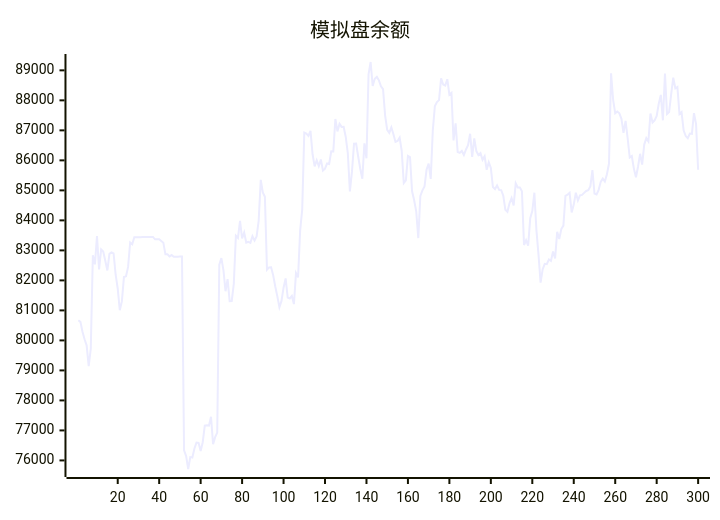
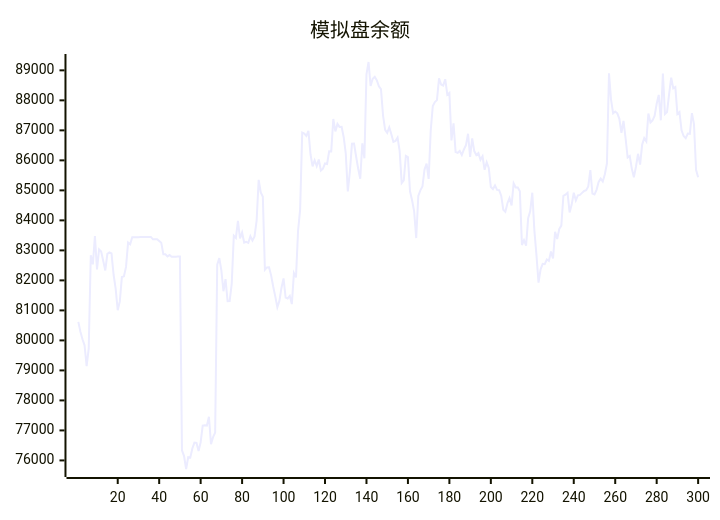
One commit to aahl/ai-trading changed the diagram in README.md. Above: the diagram before and after it, drawn with Mermaid. The commit also changed other lines of this file and 1 other file, not shown here.

````diff
--- a/README.md
+++ b/README.md
@@ -5,5 +5,5 @@
 ```mermaid
 xychart
     title "模拟盘余额"
-    line [80673,80616,80288,80038,79836,79142,79722,82837,82533,83480,82366,83032,82960,82654,82330,82883,82934,82901,82188,81728,81005,81298,82110,82135,82449,83264,83203,83440,83439,83440,83440,83446,83447,83448,83447,83448,83449,83369,83369,83369,83313,83256,82872,82873,82801,82844,82785,82791,82791,82793,82794,76339,76145,75714,76110,76096,76397,76594,76585,76310,76607,77160,77170,77160,77456,76541,76774,76927,82520,82744,82337,81639,82040,81307,81314,81887,83490,83414,83984,83396,83594,83261,83287,83253,83470,83327,83465,83987,85348,84930,84786,82355,82433,82438,82167,81795,81466,81105,81315,81756,82064,81426,81398,81481,81210,82242,82099,83658,84359,86925,86892,86814,86980,86203,85802,86003,85811,86028,85657,85721,85896,85880,86300,86299,87378,86965,87214,87115,87118,86780,86238,84966,85623,86555,86562,86129,85722,85387,86569,86070,88870,89278,88477,88720,88781,88668,88467,88372,87493,87018,86917,87102,86870,86613,86644,86758,86317,85242,85334,86149,86106,84968,84671,84302,83410,84816,85001,85127,85693,85891,85384,87001,87811,87945,88007,88734,88528,88495,88705,88189,88248,86662,87234,86279,86251,86314,86177,86364,86503,86886,86114,86731,86310,86176,86240,86017,86136,85685,85938,85749,85111,85044,85164,85016,85008,84824,84354,84287,84572,84745,84500,85234,85096,85095,84970,83180,83338,83157,84070,84309,84922,83667,82850,81924,82369,82552,82539,82695,82648,82962,82728,83619,83378,83710,83825,84819,84854,84917,84265,84527,84919,84668,84834,84850,84916,84981,85004,85131,85674,84891,84864,85019,85284,85393,85294,85538,85894,88904,88012,87567,87625,87568,87386,86920,87313,86737,86094,86143,85725,85437,85787,86219,85859,86526,86740,86630,87563,87264,87335,87483,87886,88180,87335,88894,87544,87608,88207,88755,88401,88444,87543,87608,87000,86810,86740,86894,86884,87576,87209,85686]
+    line [80616,80288,80038,79836,79142,79722,82837,82533,83480,82366,83032,82960,82654,82330,82883,82934,82901,82188,81728,81005,81298,82110,82135,82449,83264,83203,83440,83439,83440,83440,83446,83447,83448,83447,83448,83449,83369,83369,83369,83313,83256,82872,82873,82801,82844,82785,82791,82791,82793,82794,76339,76145,75714,76110,76096,76397,76594,76585,76310,76607,77160,77170,77160,77456,76541,76774,76927,82520,82744,82337,81639,82040,81307,81314,81887,83490,83414,83984,83396,83594,83261,83287,83253,83470,83327,83465,83987,85348,84930,84786,82355,82433,82438,82167,81795,81466,81105,81315,81756,82064,81426,81398,81481,81210,82242,82099,83658,84359,86925,86892,86814,86980,86203,85802,86003,85811,86028,85657,85721,85896,85880,86300,86299,87378,86965,87214,87115,87118,86780,86238,84966,85623,86555,86562,86129,85722,85387,86569,86070,88870,89278,88477,88720,88781,88668,88467,88372,87493,87018,86917,87102,86870,86613,86644,86758,86317,85242,85334,86149,86106,84968,84671,84302,83410,84816,85001,85127,85693,85891,85384,87001,87811,87945,88007,88734,88528,88495,88705,88189,88248,86662,87234,86279,86251,86314,86177,86364,86503,86886,86114,86731,86310,86176,86240,86017,86136,85685,85938,85749,85111,85044,85164,85016,85008,84824,84354,84287,84572,84745,84500,85234,85096,85095,84970,83180,83338,83157,84070,84309,84922,83667,82850,81924,82369,82552,82539,82695,82648,82962,82728,83619,83378,83710,83825,84819,84854,84917,84265,84527,84919,84668,84834,84850,84916,84981,85004,85131,85674,84891,84864,85019,85284,85393,85294,85538,85894,88904,88012,87567,87625,87568,87386,86920,87313,86737,86094,86143,85725,85437,85787,86219,85859,86526,86740,86630,87563,87264,87335,87483,87886,88180,87335,88894,87544,87608,88207,88755,88401,88444,87543,87608,87000,86810,86740,86894,86884,87576,87209,85686,85435]
 ```
````
